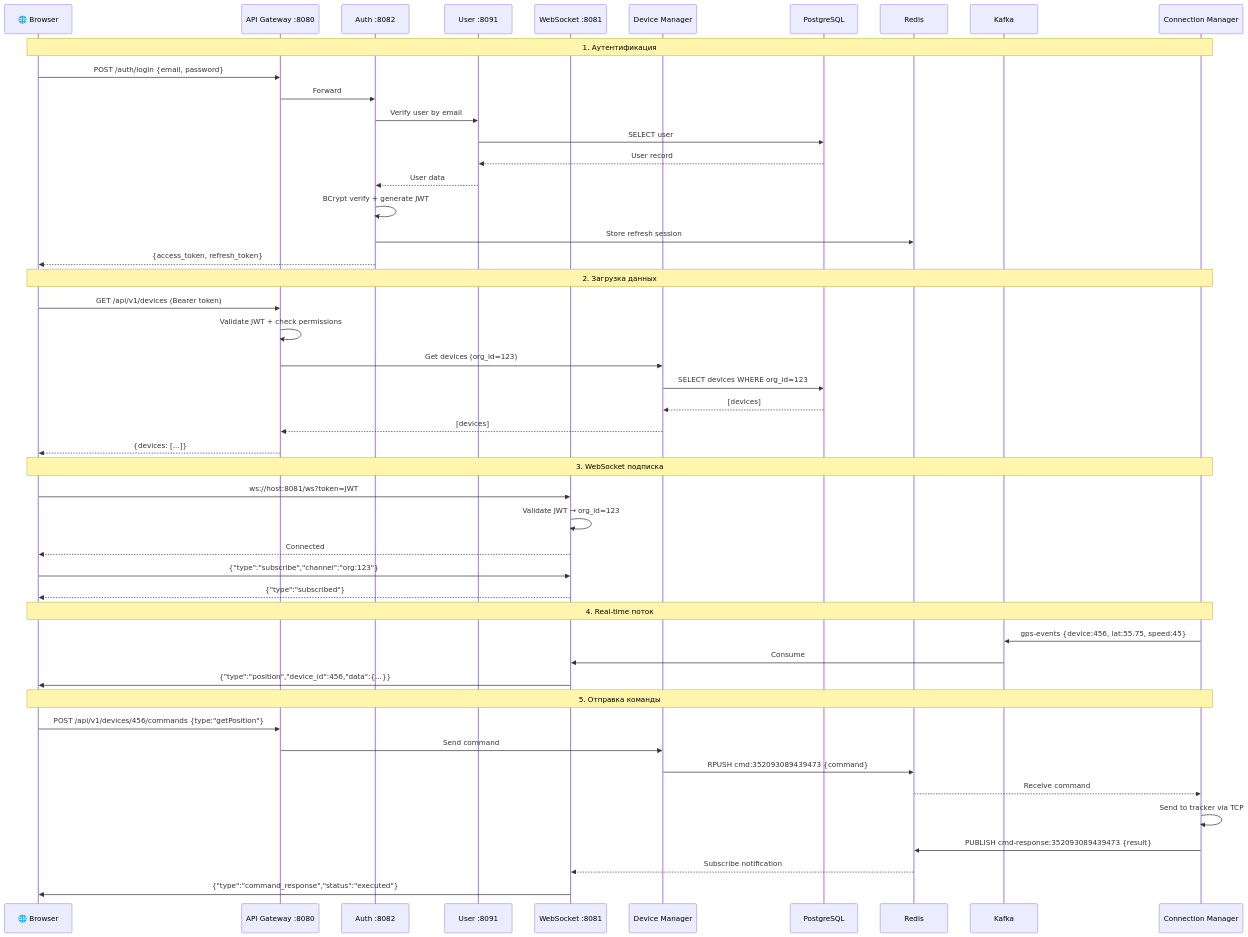
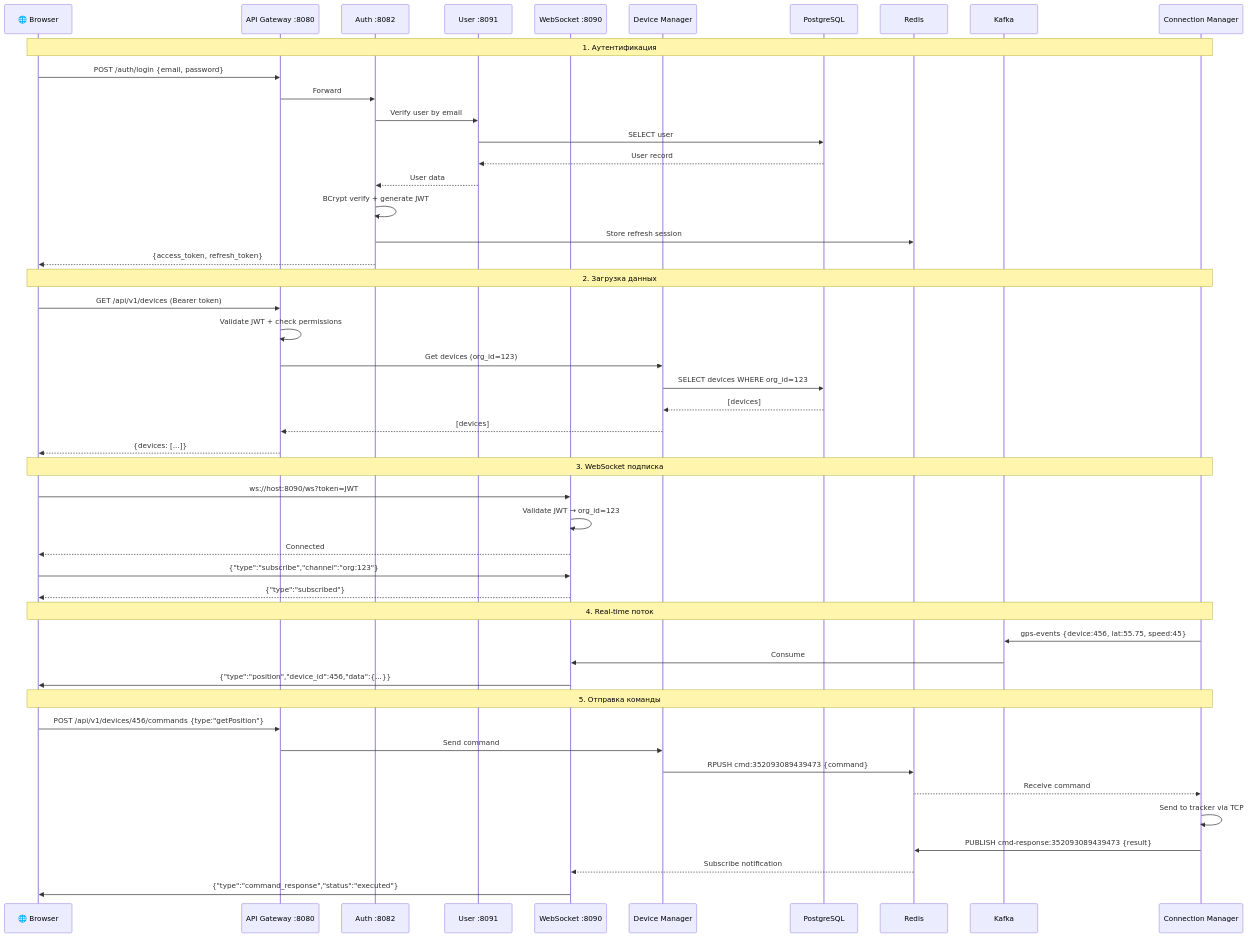
One commit to revarewerd/wayrecall-tracker-system changed diagram 16 of 18 in docs/blocks/ARCHITECTURE_BLOCK3.md. Above: the diagram before and after it, drawn with Mermaid. The commit also changed other lines of this file and 36 other files, not shown here.

````diff
--- a/docs/blocks/ARCHITECTURE_BLOCK3.md
+++ b/docs/blocks/ARCHITECTURE_BLOCK3.md
@@ -981,62 +972,62 @@
 ```mermaid
 sequenceDiagram
     participant B as 🌐 Browser
     participant GW as API Gateway :8080
     participant AS as Auth :8082
     participant US as User :8091
-    participant WS as WebSocket :8081
+    participant WS as WebSocket :8090
     participant DM as Device Manager
     participant DB as PostgreSQL
     participant R as Redis
     participant K as Kafka
     participant CM as Connection Manager
 
     Note over B,CM: 1. Аутентификация
 
     B->>GW: POST /auth/login {email, password}
     GW->>AS: Forward
     AS->>US: Verify user by email
     US->>DB: SELECT user
     DB-->>US: User record
     US-->>AS: User data
     AS->>AS: BCrypt verify + generate JWT
     AS->>R: Store refresh session
     AS-->>B: {access_token, refresh_token}
 
     Note over B,CM: 2. Загрузка данных
 
     B->>GW: GET /api/v1/devices (Bearer token)
     GW->>GW: Validate JWT + check permissions
     GW->>DM: Get devices (org_id=123)
     DM->>DB: SELECT devices WHERE org_id=123
     DB-->>DM: [devices]
     DM-->>GW: [devices]
     GW-->>B: {devices: [...]}
 
     Note over B,CM: 3. WebSocket подписка
 
-    B->>WS: ws://host:8081/ws?token=JWT
+    B->>WS: ws://host:8090/ws?token=JWT
     WS->>WS: Validate JWT → org_id=123
     WS-->>B: Connected
 
     B->>WS: {"type":"subscribe","channel":"org:123"}
     WS-->>B: {"type":"subscribed"}
 
     Note over B,CM: 4. Real-time поток
 
     CM->>K: gps-events {device:456, lat:55.75, speed:45}
     K->>WS: Consume
     WS->>B: {"type":"position","device_id":456,"data":{...}}
 
     Note over B,CM: 5. Отправка команды
 
     B->>GW: POST /api/v1/devices/456/commands {type:"getPosition"}
     GW->>DM: Send command
     DM->>R: RPUSH cmd:352093089439473 {command}
     R-->>CM: Receive command
     CM->>CM: Send to tracker via TCP
 
     CM->>R: PUBLISH cmd-response:352093089439473 {result}
     R-->>WS: Subscribe notification
     WS->>B: {"type":"command_response","status":"executed"}
 ```
````
